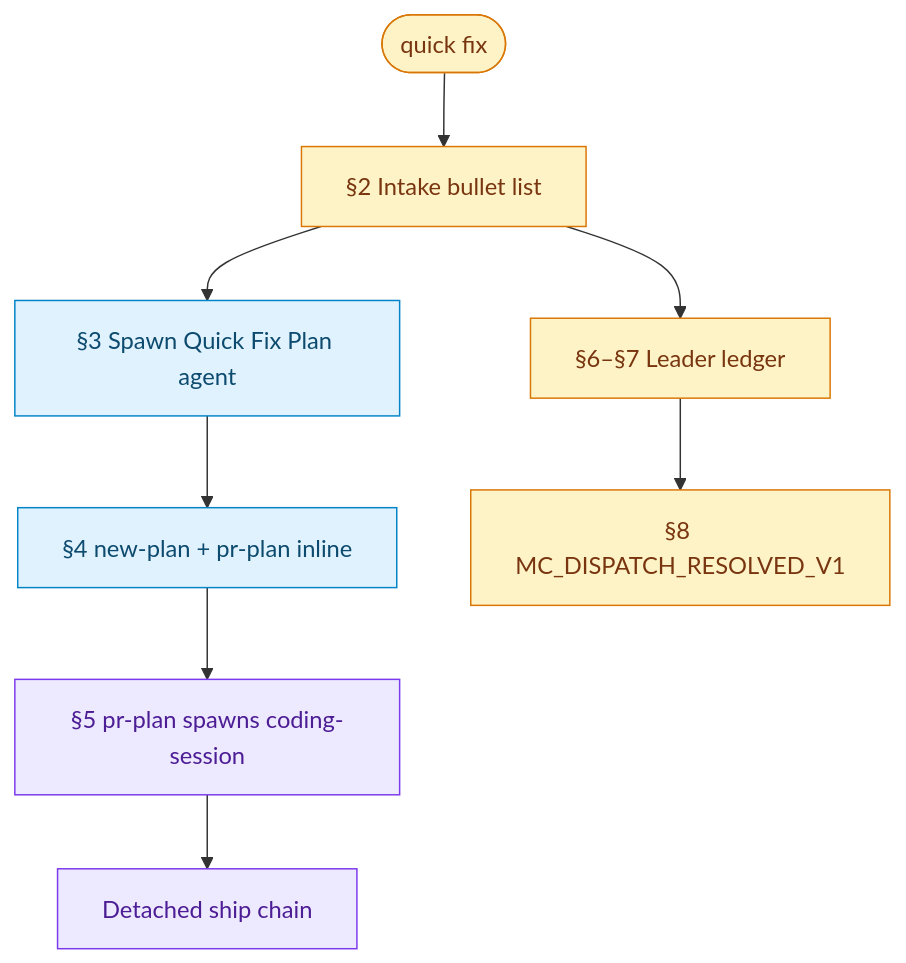
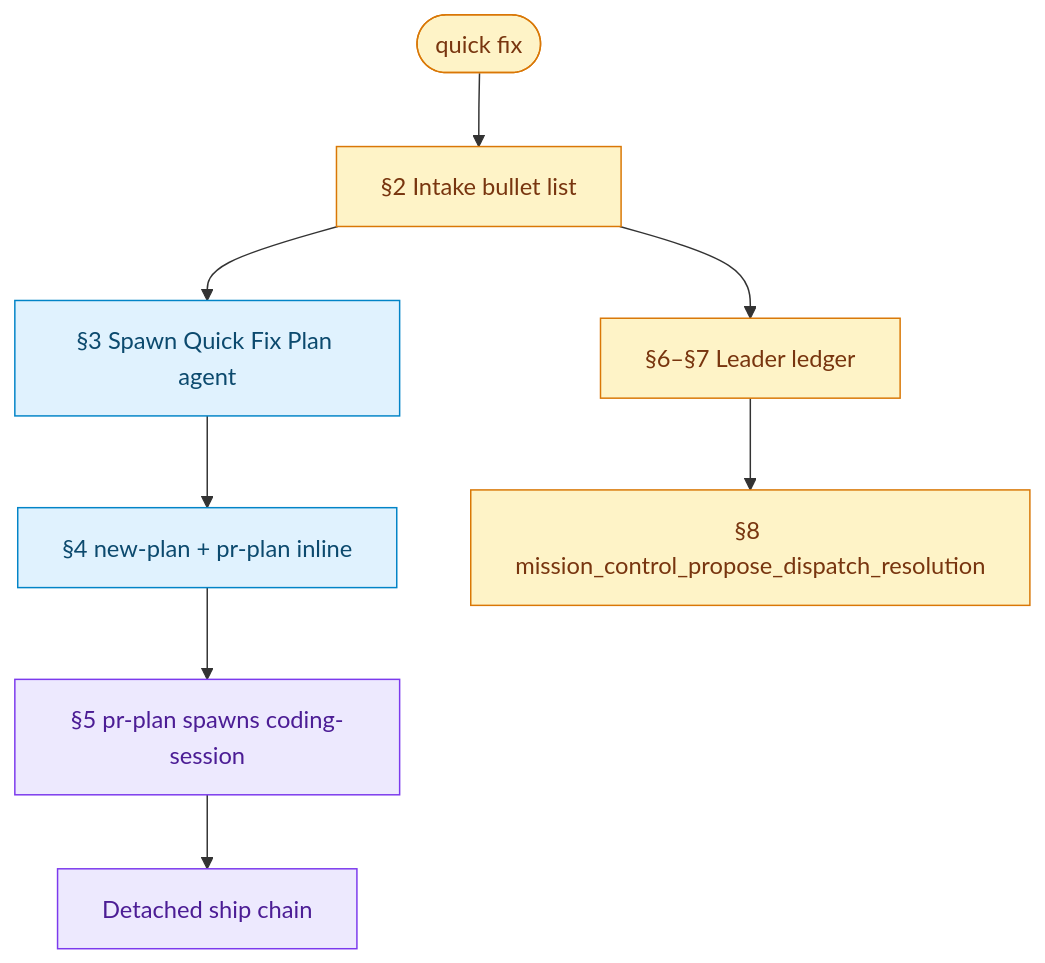
Before and after one commit to sedea-centers/research-and-development: the diagram in missions/quick-fix/plan.mdc, drawn with Mermaid. The commit also changed other lines of this file and 20 other files, not shown here.

First line of the commit message:
Migrate dispatch-resolution governance from legacy sentinel to MCP tool.

````diff
--- a/missions/quick-fix/plan.mdc
+++ b/missions/quick-fix/plan.mdc
@@ -58,15 +58,15 @@
 ```mermaid
 flowchart TB
   classDef leader fill:#fef3c7,stroke:#d97706,color:#78350f
   classDef child fill:#e0f2fe,stroke:#0284c7,color:#0c4a6e
   classDef detached fill:#ede9fe,stroke:#7c3aed,color:#4c1d95
 
   CMD(["quick fix"]):::leader
   CMD --> INT["§2 Intake bullet list"]:::leader
   INT --> CP["§3 Spawn Quick Fix Plan agent"]:::child
   CP --> NP["§4 new-plan + pr-plan inline"]:::child
   NP --> CS["§5 pr-plan spawns coding-session"]:::detached
   CS --> SHIP["Detached ship chain"]:::detached
   INT --> LED["§6–§7 Leader ledger"]:::leader
-  LED --> RES["§8 MC_DISPATCH_RESOLVED_V1"]:::leader
+  LED --> RES["§8 mission_control_propose_dispatch_resolution"]:::leader
 ```
````
